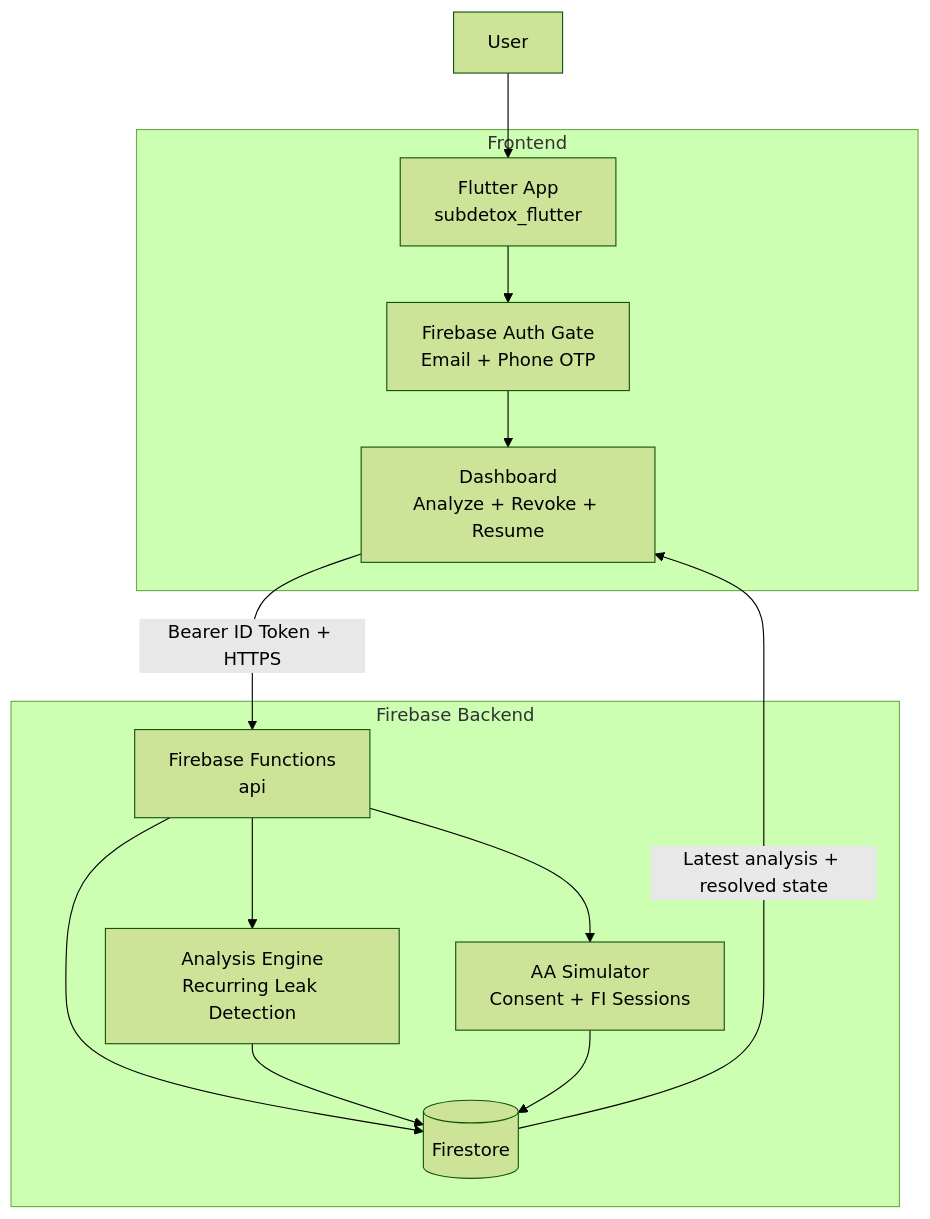
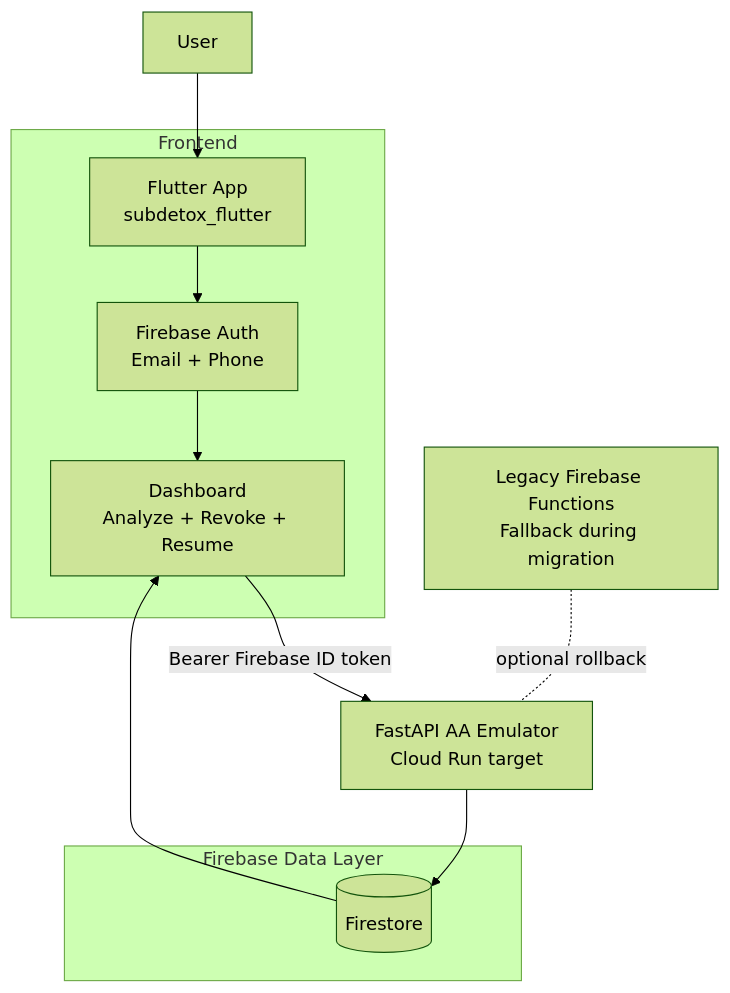
The diagram in README.md (amaansyed27/sub-detox), drawn with Mermaid (forest theme) before and after one commit. The commit also changed other lines of this file and 5 other files, not shown here.

Commit message:
docs(deploy): add Cloud Run guide, testing runbook, and container setup

````diff
--- a/README.md
+++ b/README.md
@@ -15,22 +12,21 @@
 ```mermaid
 flowchart TD
     U[User] --> F[Flutter App\nsubdetox_flutter]
 
     subgraph FE[Frontend]
-      A[Firebase Auth Gate\nEmail + Phone OTP]
+      A[Firebase Auth\nEmail + Phone]
       D[Dashboard\nAnalyze + Revoke + Resume]
       F --> A --> D
     end
 
-    D -->|Bearer ID Token + HTTPS| API[Firebase Functions\napi]
+    D -->|Bearer Firebase ID token| API[FastAPI AA Emulator\nCloud Run target]
 
-    subgraph BE[Firebase Backend]
-      API --> ENG[Analysis Engine\nRecurring Leak Detection]
-      API --> SIM[AA Simulator\nConsent + FI Sessions]
-      API --> DB[(Firestore)]
-      ENG --> DB
-      SIM --> DB
+    subgraph DATA[Firebase Data Layer]
+      DB[(Firestore)]
     end
 
-    DB -->|Latest analysis + resolved state| D
+    API --> DB
+    DB --> D
+
+    FB[Legacy Firebase Functions\nFallback during migration] -.optional rollback.- API
 ```
````
